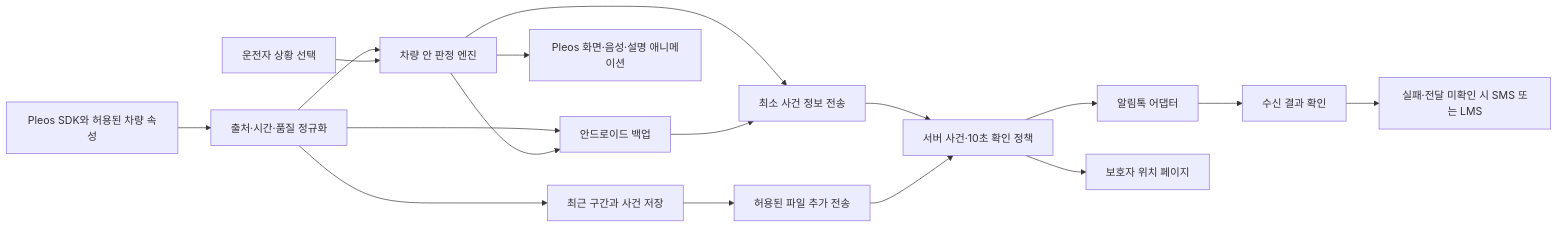
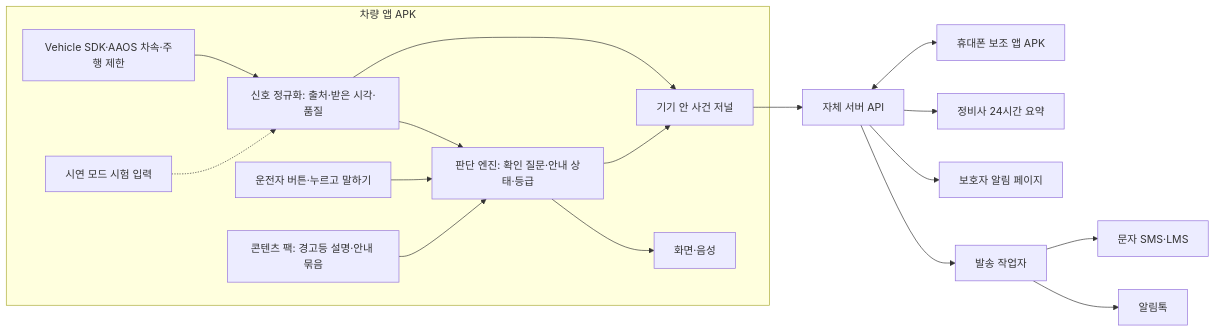
One commit to himangga01/pleos_super_guard changed the first of 3 diagrams in hyundai_app_market/docs/analysis/integrated-vehicle-care-2026-11-12.md. Above: the diagram before and after it, drawn with Mermaid. The commit also changed other lines of this file and 9 other files, not shown here.

````diff
--- a/hyundai_app_market/docs/analysis/integrated-vehicle-care-2026-11-12.md
+++ b/hyundai_app_market/docs/analysis/integrated-vehicle-care-2026-11-12.md
@@ -67,19 +161,20 @@
 ```mermaid
 flowchart LR
-  A[Pleos SDK와 허용된 차량 속성] --> B[출처·시간·품질 정규화]
-  B --> C[차량 안 판정 엔진]
-  B --> D[최근 구간과 사건 저장]
-  U[운전자 상황 선택] --> C
-  C --> E[Pleos 화면·음성·설명 애니메이션]
-  C --> F[최소 사건 정보 전송]
-  D --> G[허용된 파일 추가 전송]
-  F --> H[서버 사건·10초 확인 정책]
-  G --> H
-  H --> I[알림톡 어댑터]
-  I --> J[수신 결과 확인]
-  J --> K[실패·전달 미확인 시 SMS 또는 LMS]
-  H --> M[보호자 위치 페이지]
-  P[안드로이드 백업] --> F
-  B --> P
-  C --> P
+  subgraph IVI[차량 앱 APK]
+    A[Vehicle SDK·AAOS 차속·주행 제한] --> B[신호 정규화: 출처·받은 시각·품질]
+    U[운전자 버튼·누르고 말하기] --> C
+    B --> C[판단 엔진: 확인 질문·안내 상태·등급]
+    K[콘텐츠 팩: 경고등 설명·안내 묶음] --> C
+    C --> V[화면·음성]
+    B --> J[기기 안 사건 저널]
+    C --> J
+    T[시연 모드 시험 입력] -.-> B
+  end
+  J --> S[자체 서버 API]
+  S --> W[발송 작업자]
+  W --> KA[알림톡]
+  W --> TX[문자 SMS·LMS]
+  S --> G[보호자 알림 페이지]
+  S --> M[정비사 24시간 요약]
+  S <--> P[휴대폰 보조 앱 APK]
 ```
````
